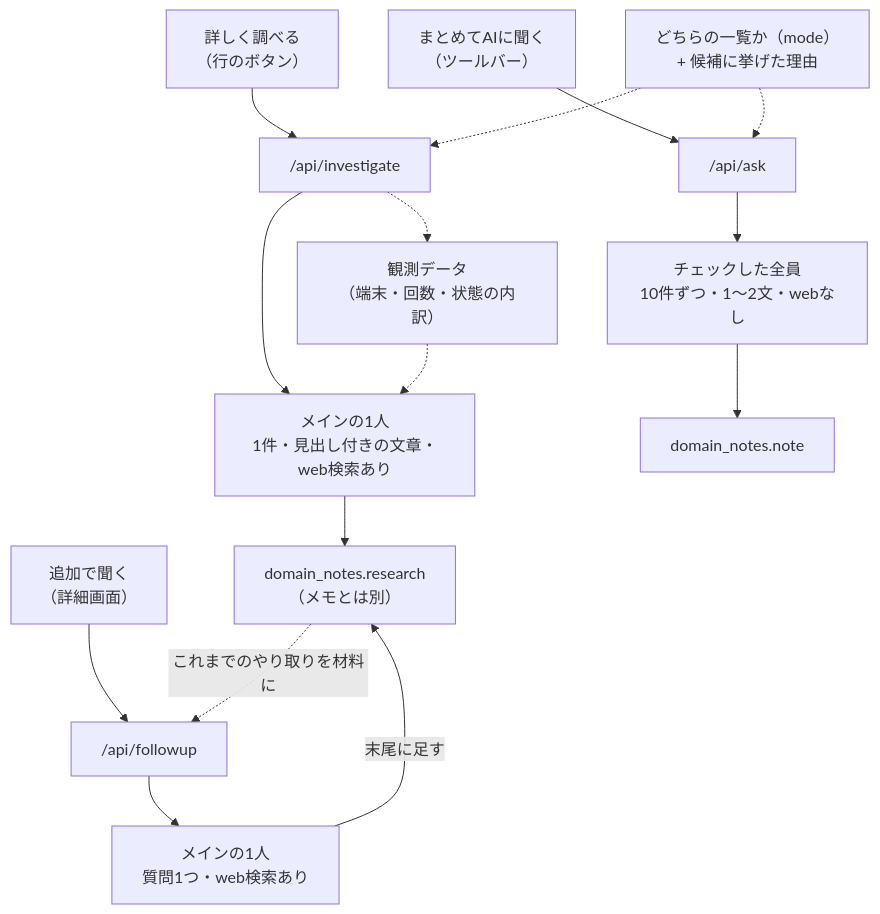
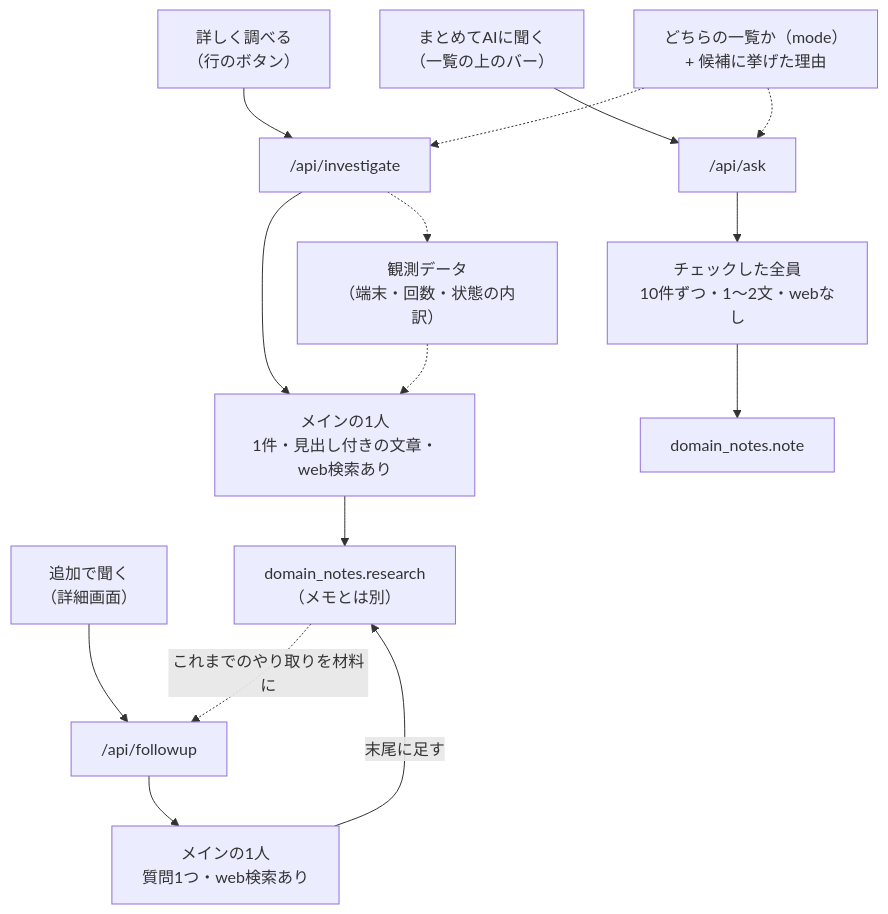
One commit to rtcode337/pihole-monitor changed the fourth of 6 diagrams in docs/architecture.md. Above: the diagram before and after it, drawn with Mermaid. The commit also changed 3 other files, not shown here.

````diff
--- a/docs/architecture.md
+++ b/docs/architecture.md
@@ -195,22 +195,22 @@
 ```mermaid
 flowchart TB
-    B1["まとめてAIに聞く<br/>（ツールバー）"] --> ASK["/api/ask"]
+    B1["まとめてAIに聞く<br/>（一覧の上のバー）"] --> ASK["/api/ask"]
     B2["詳しく調べる<br/>（行のボタン）"] --> INV["/api/investigate"]
 
     ASK --> ALL["チェックした全員<br/>10件ずつ・1〜2文・webなし"]
     INV --> ONE["メインの1人<br/>1件・見出し付きの文章・web検索あり"]
 
     MODE["どちらの一覧か（mode）<br/>+ 候補に挙げた理由"] -.-> ASK
     MODE -.-> INV
 
     INV -.-> PROF["観測データ<br/>（端末・回数・状態の内訳）"]
     PROF -.-> ONE
 
     ALL --> NOTE["domain_notes.note"]
     ONE --> RES["domain_notes.research<br/>（メモとは別）"]
 
     B3["追加で聞く<br/>（詳細画面）"] --> FU["/api/followup"]
     RES -.->|これまでのやり取りを材料に| FU
     FU --> ONE2["メインの1人<br/>質問1つ・web検索あり"]
     ONE2 -->|末尾に足す| RES
 ```
````
